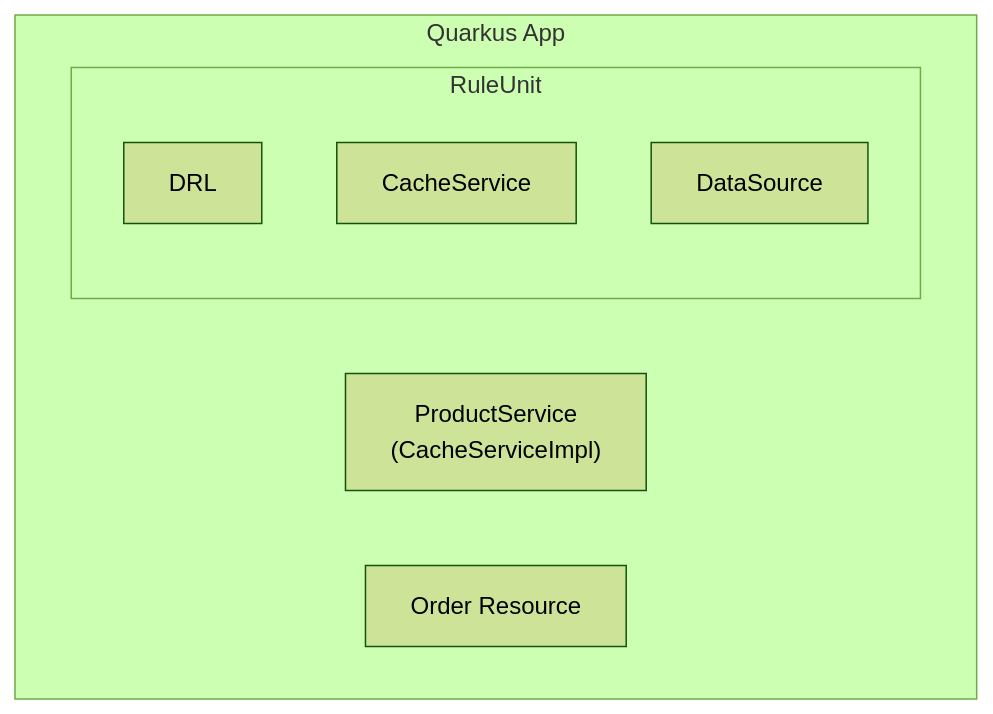
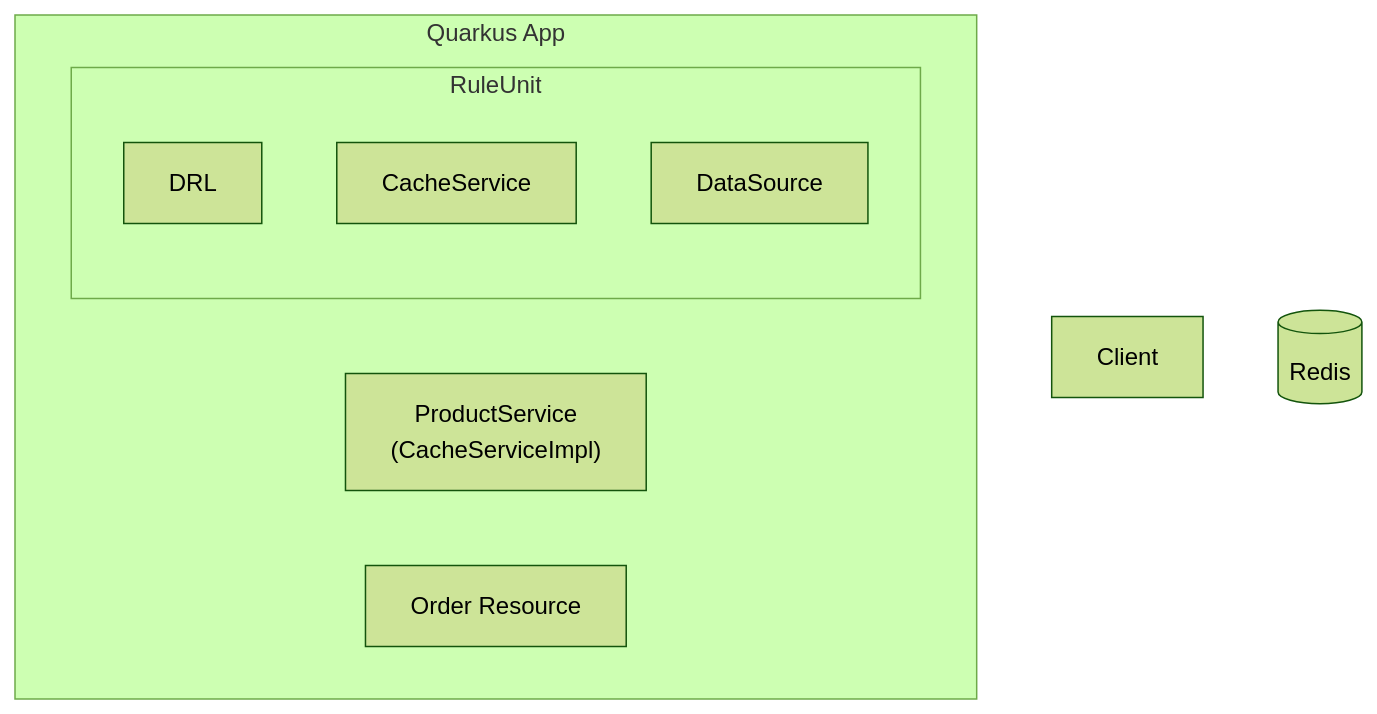
The diagram in README.md (Hami1ton/rulebased_cache_pattern), drawn with Mermaid (forest theme) before and after one commit.

````diff
--- a/README.md
+++ b/README.md
@@ -4,15 +4,17 @@
 ```mermaid
 graph
 
 subgraph Quarkus App
     subgraph 0_[RuleUnit]
         1_[DRL]
         2_[CacheService]
         3_[DataSource]
     end
     4_["ProductService\n(CacheServiceImpl)"]
     5_[Order Resource]
 end
 
+6_[Client]
+8_[(Redis)]
 
 ```
````
